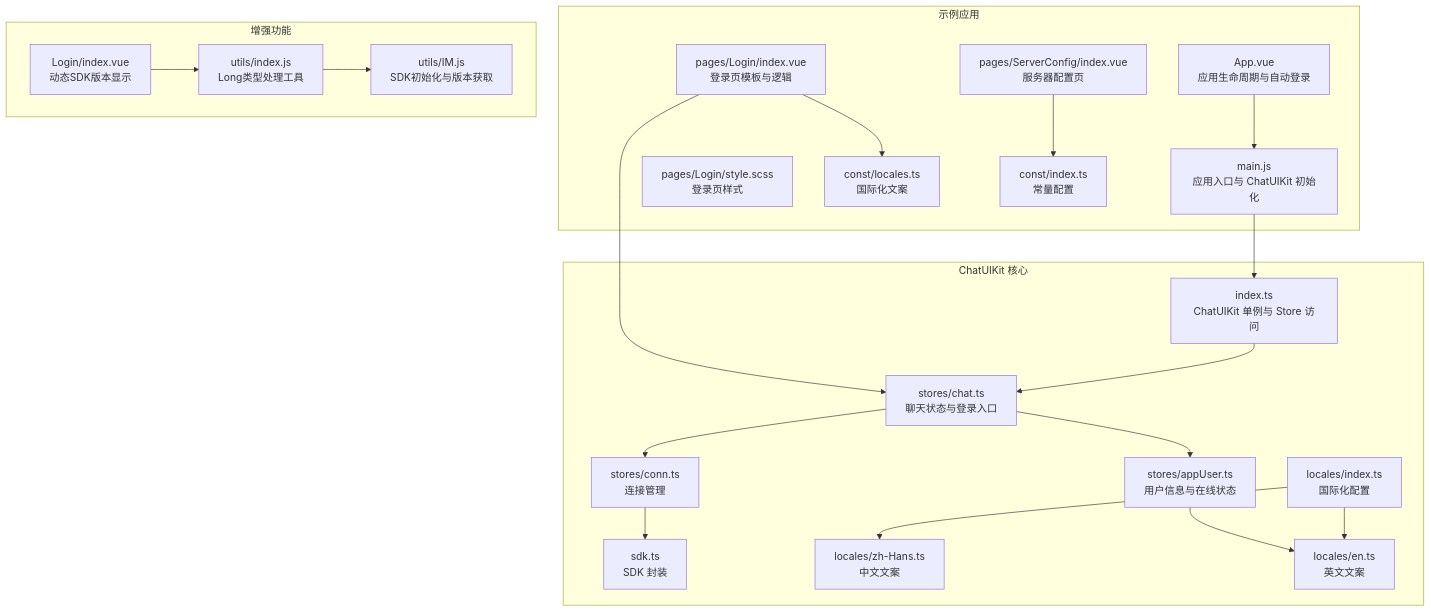
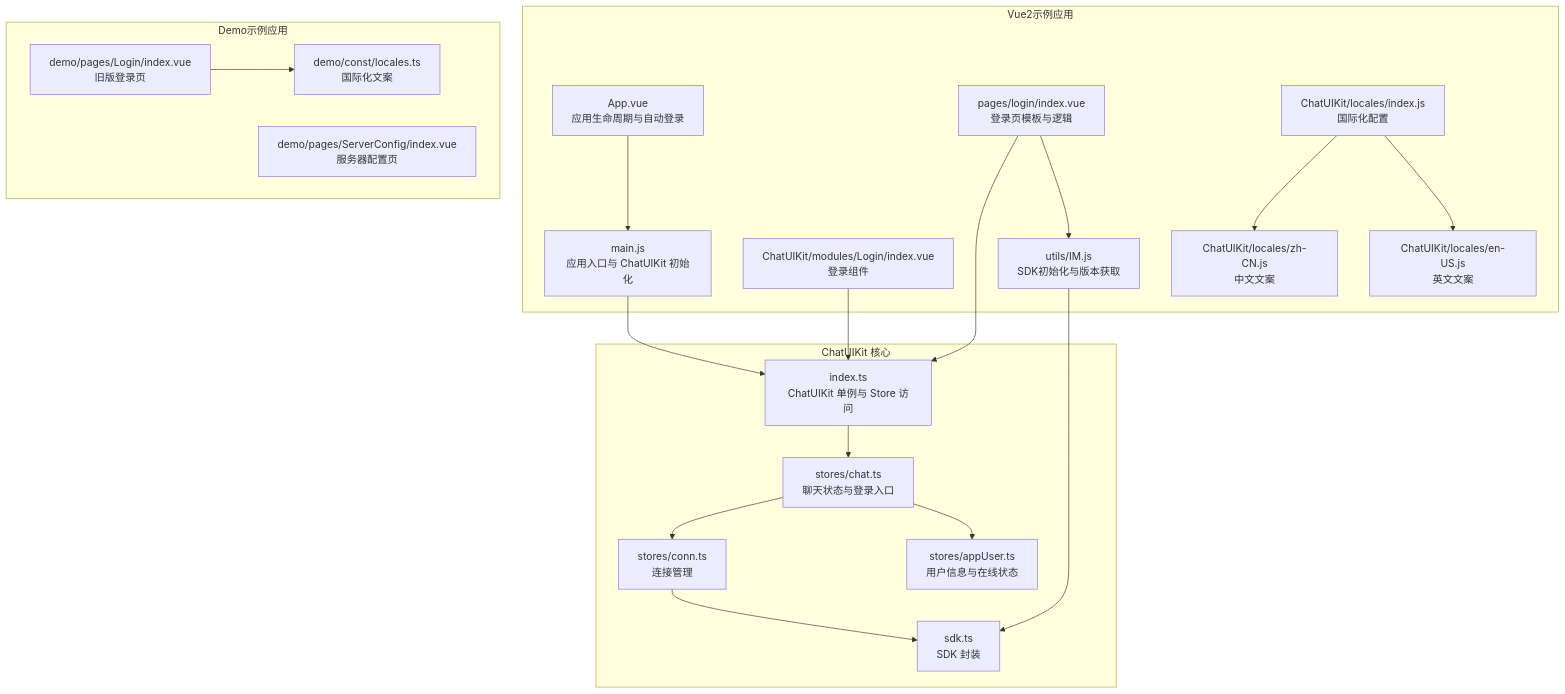
One commit to Easemob-Community/easemob-uikit-uniapp-community changed the first of 3 diagrams in .qoder/repowiki/zh/content/示例应用/登录页面.md. Above: the diagram before and after it, drawn with Mermaid. The commit also changed other lines of this file and 8 other files, not shown here.

````diff
--- a/.qoder/repowiki/zh/content/示例应用/登录页面.md
+++ b/.qoder/repowiki/zh/content/示例应用/登录页面.md
@@ -60,41 +52,38 @@
 ```mermaid
 graph TB
-subgraph "示例应用"
+subgraph "Vue2示例应用"
 A["App.vue<br/>应用生命周期与自动登录"]
 B["main.js<br/>应用入口与 ChatUIKit 初始化"]
-C["pages/Login/index.vue<br/>登录页模板与逻辑"]
-D["pages/Login/style.scss<br/>登录页样式"]
-E["pages/ServerConfig/index.vue<br/>服务器配置页"]
-F["const/locales.ts<br/>国际化文案"]
-G["const/index.ts<br/>常量配置"]
+C["pages/login/index.vue<br/>登录页模板与逻辑"]
+D["ChatUIKit/modules/Login/index.vue<br/>登录组件"]
+E["utils/IM.js<br/>SDK初始化与版本获取"]
+F["ChatUIKit/locales/index.js<br/>国际化配置"]
+G["ChatUIKit/locales/zh-CN.js<br/>中文文案"]
+H["ChatUIKit/locales/en-US.js<br/>英文文案"]
 end
 subgraph "ChatUIKit 核心"
-H["index.ts<br/>ChatUIKit 单例与 Store 访问"]
-I["stores/chat.ts<br/>聊天状态与登录入口"]
-J["stores/conn.ts<br/>连接管理"]
-K["stores/appUser.ts<br/>用户信息与在线状态"]
-L["sdk.ts<br/>SDK 封装"]
-M["locales/index.ts<br/>国际化配置"]
-N["locales/zh-Hans.ts<br/>中文文案"]
-O["locales/en.ts<br/>英文文案"]
+I["index.ts<br/>ChatUIKit 单例与 Store 访问"]
+J["stores/chat.ts<br/>聊天状态与登录入口"]
+K["stores/conn.ts<br/>连接管理"]
+L["stores/appUser.ts<br/>用户信息与在线状态"]
+M["sdk.ts<br/>SDK 封装"]
 end
-subgraph "增强功能"
-P["utils/index.js<br/>Long类型处理工具"]
-Q["utils/IM.js<br/>SDK初始化与版本获取"]
-R["Login/index.vue<br/>动态SDK版本显示"]
+subgraph "Demo示例应用"
+N["demo/pages/Login/index.vue<br/>旧版登录页"]
+O["demo/const/locales.ts<br/>国际化文案"]
+P["demo/pages/ServerConfig/index.vue<br/>服务器配置页"]
 end
 A --> B
-B --> H
+B --> I
 C --> I
-C --> F
-E --> G
-H --> I
+C --> E
+D --> I
+E --> M
+F --> G
+F --> H
 I --> J
-I --> K
+J --> K
 J --> L
-K --> O
-M --> N
-M --> O
-P --> Q
-R --> P
+K --> M
+N --> O
 ```
````
